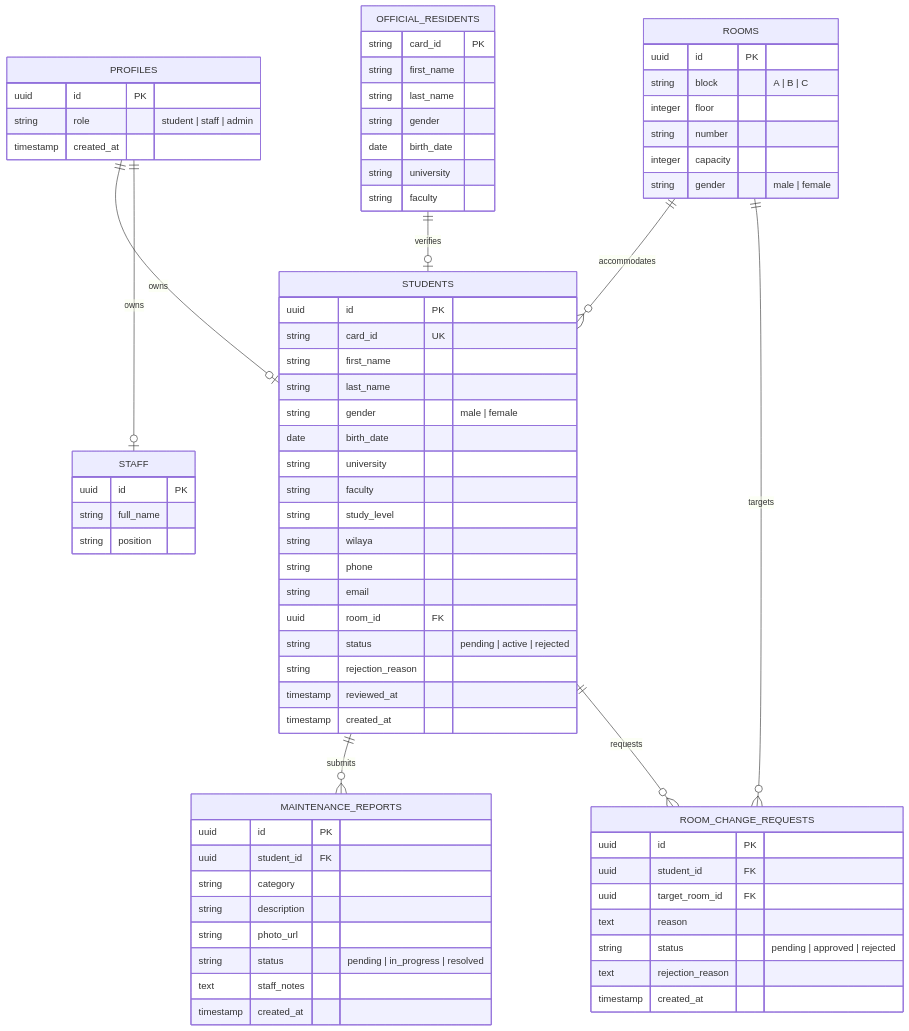
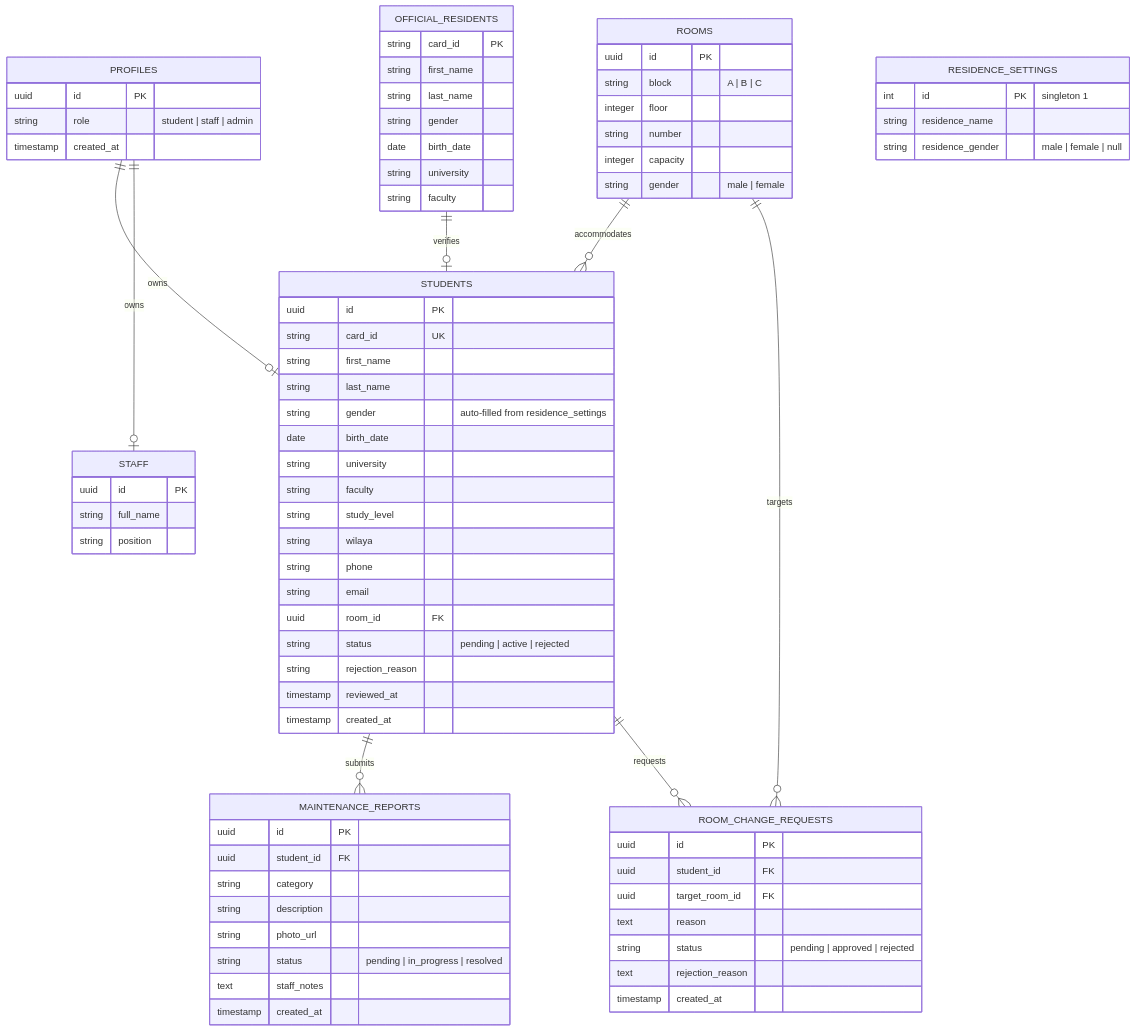
Before and after one commit to anesdevv/residence-management-system: the second of 2 diagrams in docs/PRD.md, drawn with Mermaid. The commit also changed other lines of this file and 5 other files, not shown here.

```diff
--- a/docs/PRD.md
+++ b/docs/PRD.md
@@ -178,12 +178,18 @@
         timestamp created_at
     }
 
+    RESIDENCE_SETTINGS {
+        int id PK "singleton 1"
+        string residence_name
+        string residence_gender "male | female | null"
+    }
+
     STUDENTS {
         uuid id PK
         string card_id UK
         string first_name
         string last_name
-        string gender "male | female"
+        string gender "auto-filled from residence_settings"
         date birth_date
         string university
         string faculty
```
